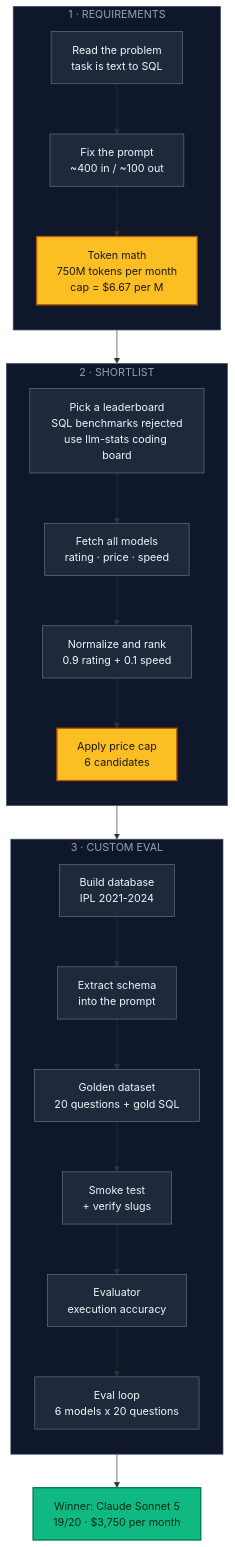
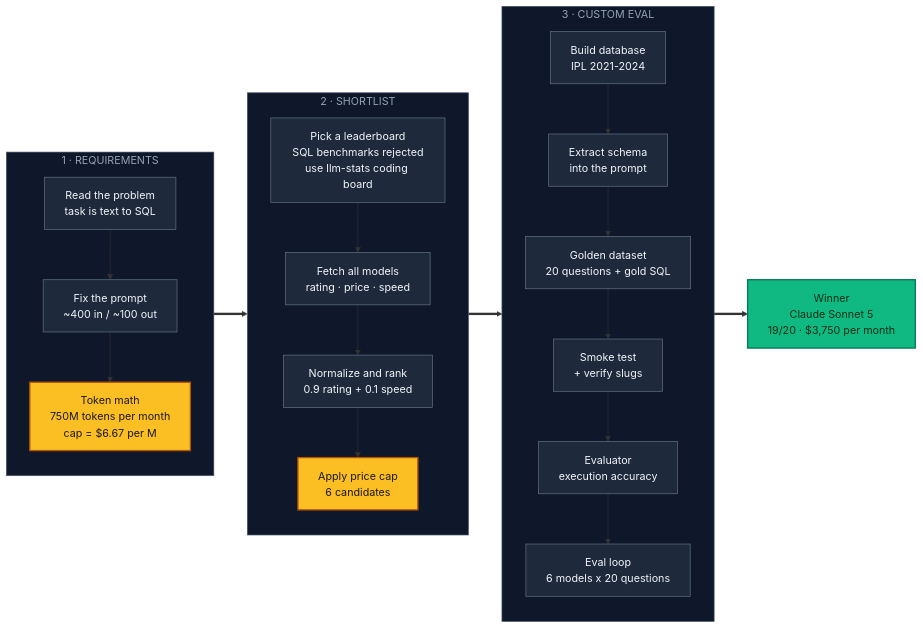
One commit to Spador/llm-model-eval changed the diagram in README.md. Above: the diagram before and after it, drawn with Mermaid.

Commit message:
fixing mermaid chart

````diff
--- a/README.md
+++ b/README.md
@@ -37,38 +37,38 @@
 ```mermaid
-flowchart TD
+flowchart LR
     subgraph P1[" 1 · REQUIREMENTS "]
         direction TB
         A[Read the problem<br/>task is text to SQL] --> B[Fix the prompt<br/>~400 in / ~100 out]
         B --> C[Token math<br/>750M tokens per month<br/>cap = $6.67 per M]
     end
 
     subgraph P2[" 2 · SHORTLIST "]
         direction TB
         D[Pick a leaderboard<br/>SQL benchmarks rejected<br/>use llm-stats coding board] --> E[Fetch all models<br/>rating · price · speed]
         E --> F[Normalize and rank<br/>0.9 rating + 0.1 speed]
         F --> G[Apply price cap<br/>6 candidates]
     end
 
     subgraph P3[" 3 · CUSTOM EVAL "]
         direction TB
         H[Build database<br/>IPL 2021-2024] --> I[Extract schema<br/>into the prompt]
         I --> J[Golden dataset<br/>20 questions + gold SQL]
         J --> K[Smoke test<br/>+ verify slugs]
         K --> L[Evaluator<br/>execution accuracy]
         L --> M[Eval loop<br/>6 models x 20 questions]
     end
 
-    C --> D
-    G --> H
-    M --> N[Winner: Claude Sonnet 5<br/>19/20 · $3,750 per month]
+    C ==> D
+    G ==> H
+    M ==> N[Winner<br/>Claude Sonnet 5<br/>19/20 · $3,750 per month]
 
     classDef step fill:#1e293b,stroke:#64748b,stroke-width:1px,color:#f1f5f9
     classDef gate fill:#fbbf24,stroke:#b45309,stroke-width:2px,color:#1c1917
     classDef win fill:#10b981,stroke:#047857,stroke-width:2px,color:#052e16
     classDef phase fill:#0f172a,stroke:#475569,stroke-width:1px,color:#94a3b8
 
     class A,B,D,E,F,H,I,J,K,L,M step
     class C,G gate
     class N win
     class P1,P2,P3 phase
 ```
````
